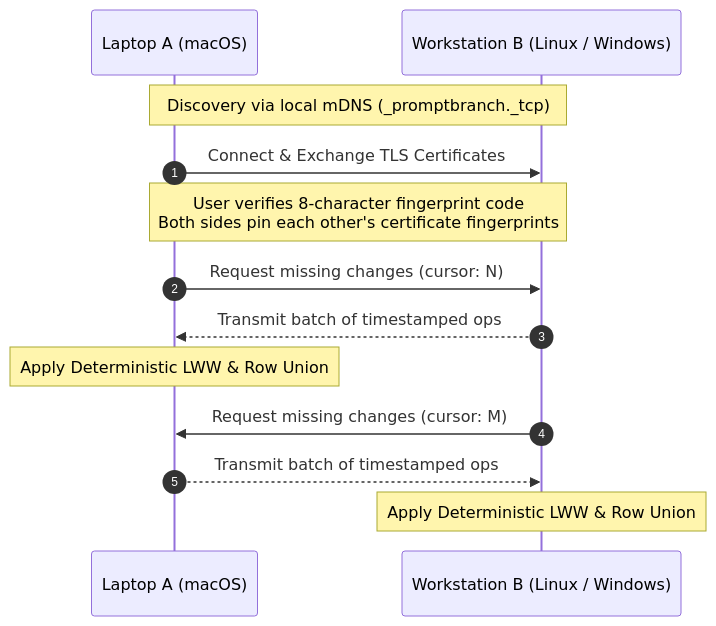
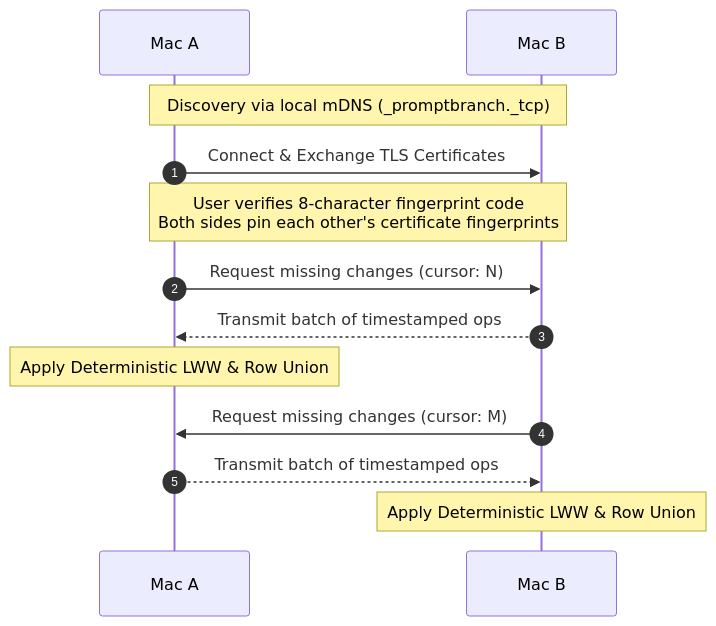
One commit to PromptBranch/promptbranch changed the diagram in docs/sync/peer-to-peer-sync.md. Above: the diagram before and after it, drawn with Mermaid. The commit also changed other lines of this file and 5 other files, not shown here.

````diff
--- a/docs/sync/peer-to-peer-sync.md
+++ b/docs/sync/peer-to-peer-sync.md
@@ -5,16 +10,16 @@
 ```mermaid
 sequenceDiagram
   autonumber
-  participant Mac as Laptop A (macOS)
-  participant PC as Workstation B (Linux / Windows)
+  participant MacA as Mac A
+  participant MacB as Mac B
 
-  Note over Mac,PC: Discovery via local mDNS (_promptbranch._tcp)
-  Mac->>PC: Connect & Exchange TLS Certificates
-  Note over Mac,PC: User verifies 8-character fingerprint code<br/>Both sides pin each other's certificate fingerprints
-  Mac->>PC: Request missing changes (cursor: N)
-  PC-->>Mac: Transmit batch of timestamped ops
-  Note over Mac: Apply Deterministic LWW & Row Union
-  PC->>Mac: Request missing changes (cursor: M)
-  Mac-->>PC: Transmit batch of timestamped ops
-  Note over PC: Apply Deterministic LWW & Row Union
+  Note over MacA,MacB: Discovery via local mDNS (_promptbranch._tcp)
+  MacA->>MacB: Connect & Exchange TLS Certificates
+  Note over MacA,MacB: User verifies 8-character fingerprint code<br/>Both sides pin each other's certificate fingerprints
+  MacA->>MacB: Request missing changes (cursor: N)
+  MacB-->>MacA: Transmit batch of timestamped ops
+  Note over MacA: Apply Deterministic LWW & Row Union
+  MacB->>MacA: Request missing changes (cursor: M)
+  MacA-->>MacB: Transmit batch of timestamped ops
+  Note over MacB: Apply Deterministic LWW & Row Union
 ```
````
